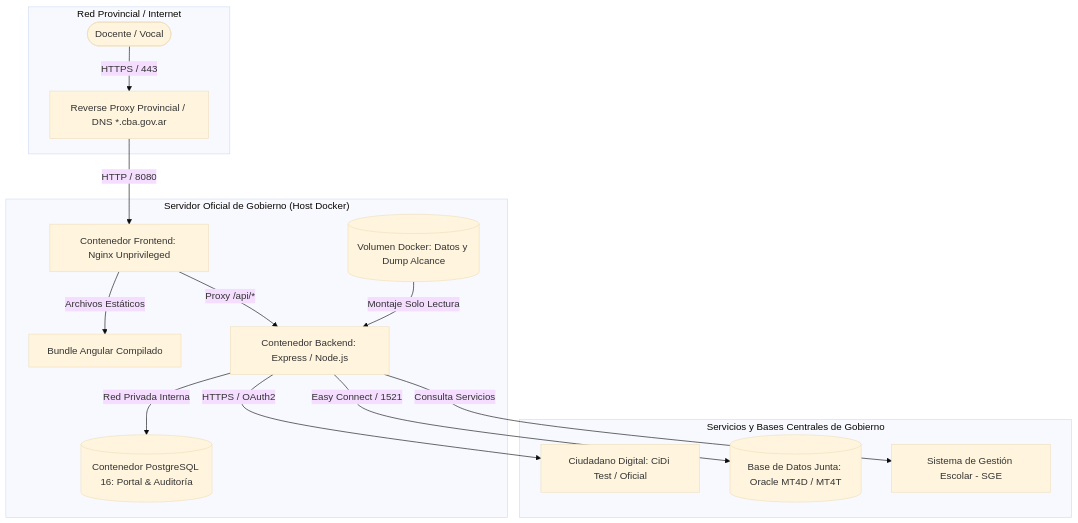
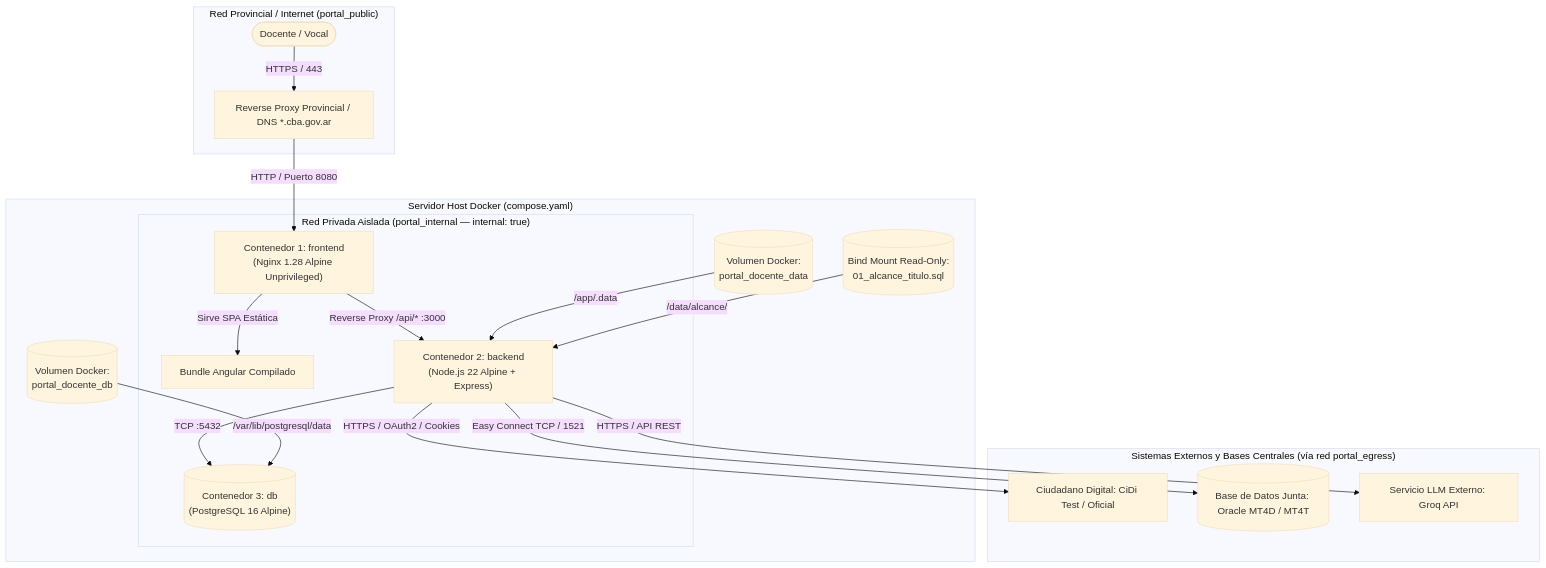
One commit to nicoSteffolani-UTN/GID-DOCUMENTACION changed the fifth of 7 diagrams in Instancia 5 - Fin de Proyecto - G24.md. Above: the diagram before and after it, drawn with Mermaid (base theme). The commit also changed other lines of this file, not shown here.

````diff
--- a/Instancia 5 - Fin de Proyecto - G24.md
+++ b/Instancia 5 - Fin de Proyecto - G24.md
@@ -556,21 +564,26 @@
 ```mermaid
 graph TD
-    subgraph red_publica ["Red Provincial / Internet"]
+    subgraph red_publica ["Red Provincial / Internet (portal_public)"]
         Usuario([Docente / Vocal]) -->|HTTPS / 443| LB[Reverse Proxy Provincial / DNS *.cba.gov.ar]
     end
 
-    subgraph servidor_gobierno ["Servidor Oficial de Gobierno (Host Docker)"]
-        LB -->|HTTP / 8080| NGINX[Contenedor Frontend: Nginx Unprivileged]
-        NGINX -->|Archivos Estáticos| SPA[Bundle Angular Compilado]
-        NGINX -->|Proxy /api/*| API[Contenedor Backend: Express / Node.js]
+    subgraph servidor_gobierno ["Servidor Host Docker (compose.yaml)"]
+        LB -->|HTTP / Puerto 8080| NGINX["Contenedor 1: frontend<br/>(Nginx 1.28 Alpine Unprivileged)"]
         
-        API -->|Red Privada Interna| DB[(Contenedor PostgreSQL 16: Portal & Auditoría)]
-        VOL_DATA[(Volumen Docker: Datos y Dump Alcance)] -->|Montaje Solo Lectura| API
+        subgraph red_interna ["Red Privada Aislada (portal_internal — internal: true)"]
+            NGINX -->|Sirve SPA Estática| SPA[Bundle Angular Compilado]
+            NGINX -->|Reverse Proxy /api/* :3000| API["Contenedor 2: backend<br/>(Node.js 22 Alpine + Express)"]
+            API -->|TCP :5432| DB[("Contenedor 3: db<br/>(PostgreSQL 16 Alpine)")]
+        end
+
+        VOL_DB[("Volumen Docker:<br/>portal_docente_db")] -->|/var/lib/postgresql/data| DB
+        VOL_DATA[("Volumen Docker:<br/>portal_docente_data")] -->|/app/.data| API
+        BIND_SQL[("Bind Mount Read-Only:<br/>01_alcance_titulo.sql")] -->|/data/alcance/| API
     end
 
-    subgraph infraestructura_provincial ["Servicios y Bases Centrales de Gobierno"]
-        API -->|HTTPS / OAuth2| CIDI[Ciudadano Digital: CiDi Test / Oficial]
-        API -->|Easy Connect / 1521| ORACLE[(Base de Datos Junta: Oracle MT4D / MT4T)]
-        API -->|Consulta Servicios| SGE[Sistema de Gestión Escolar - SGE]
+    subgraph infraestructura_provincial ["Sistemas Externos y Bases Centrales (vía red portal_egress)"]
+        API -->|HTTPS / OAuth2 / Cookies| CIDI[Ciudadano Digital: CiDi Test / Oficial]
+        API -->|Easy Connect TCP / 1521| ORACLE[(Base de Datos Junta: Oracle MT4D / MT4T)]
+        API -->|HTTPS / API REST| GROQ[Servicio LLM Externo: Groq API]
     end
 ```
````
